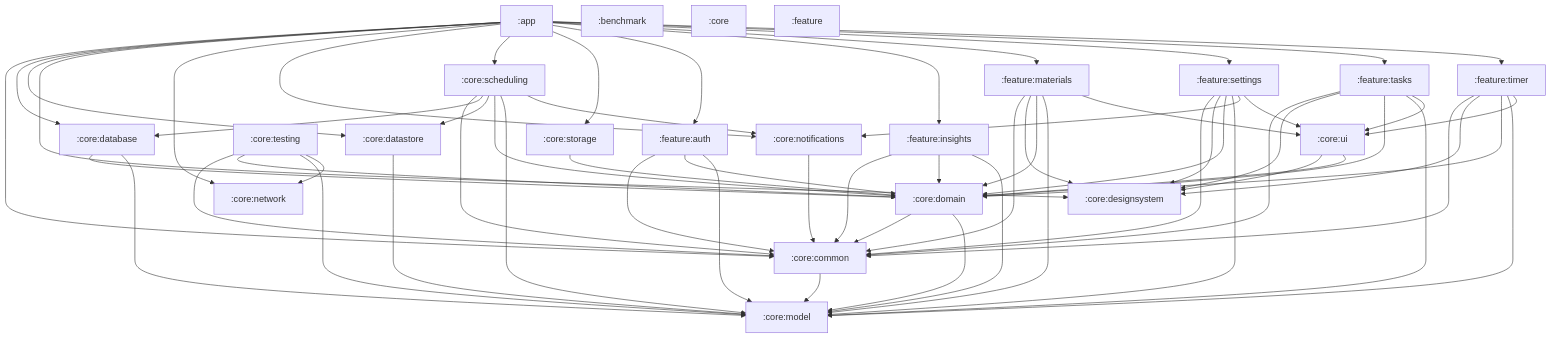
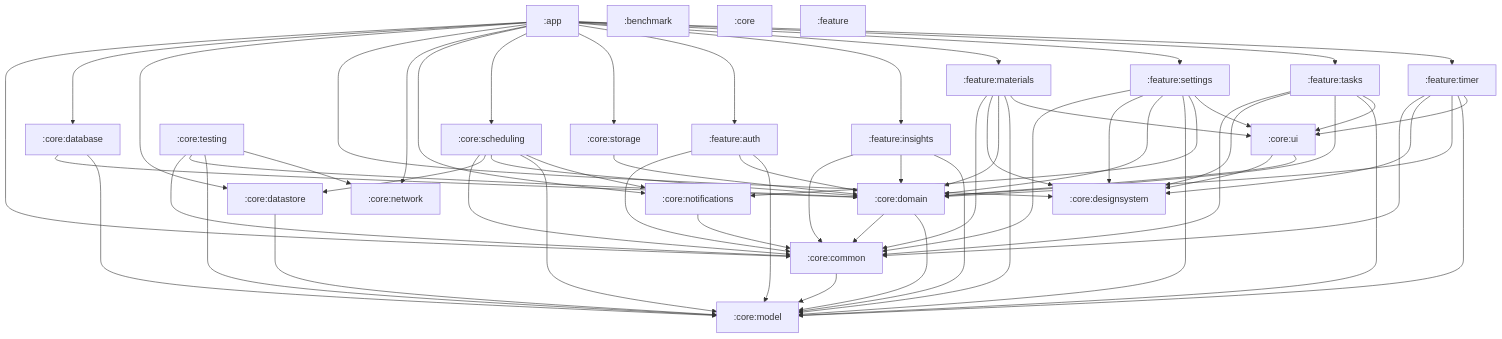
One commit to konarsubhojit/study-app changed the diagram in docs/module-graph.md. Above: the diagram before and after it, drawn with Mermaid. The commit also changed 8 other files, not shown here.

```diff
--- a/docs/module-graph.md
+++ b/docs/module-graph.md
@@ -51,7 +51,6 @@
     core_domain --> core_model
     core_notifications --> core_common
     core_scheduling --> core_common
-    core_scheduling --> core_database
     core_scheduling --> core_datastore
     core_scheduling --> core_domain
     core_scheduling --> core_model
```
